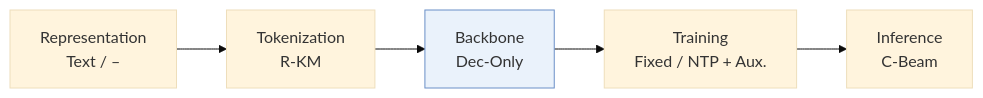
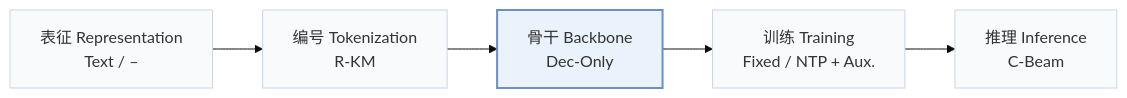
Before and after one commit to Galaxy-ghost/Awesome-SID-Generative-Rec: the first of 2 diagrams in pages/zh/papers/deco.md, drawn with Mermaid (base theme). The commit also changed other lines of this file and 649 other files, not shown here.

Commit message:
writer-05: also tags and modality index (schema, check, build, visuals); summary field removed; calibration data for 12 papers

````diff
--- a/pages/zh/papers/deco.md
+++ b/pages/zh/papers/deco.md
@@ -13,6 +15,8 @@
 ```mermaid
 flowchart LR
-    R["Representation<br/>Text / –"] --> T["Tokenization<br/>R-KM"] --> B["Backbone<br/>Dec-Only"] --> TR["Training<br/>Fixed / NTP + Aux."] --> I["Inference<br/>C-Beam"]
-    classDef main fill:#eaf2fb,stroke:#6b8fc7
+    R["表征 Representation<br/>Text / –"] --> T["编号 Tokenization<br/>R-KM"] --> B["骨干 Backbone<br/>Dec-Only"] --> TR["训练 Training<br/>Fixed / NTP + Aux."] --> I["推理 Inference<br/>C-Beam"]
+    classDef base fill:#f8fafc,stroke:#cbd5e1
+    class R,T,B,TR,I base
+    classDef main fill:#eaf2fb,stroke:#6b8fc7,stroke-width:2px
     class B main
 ```
````
